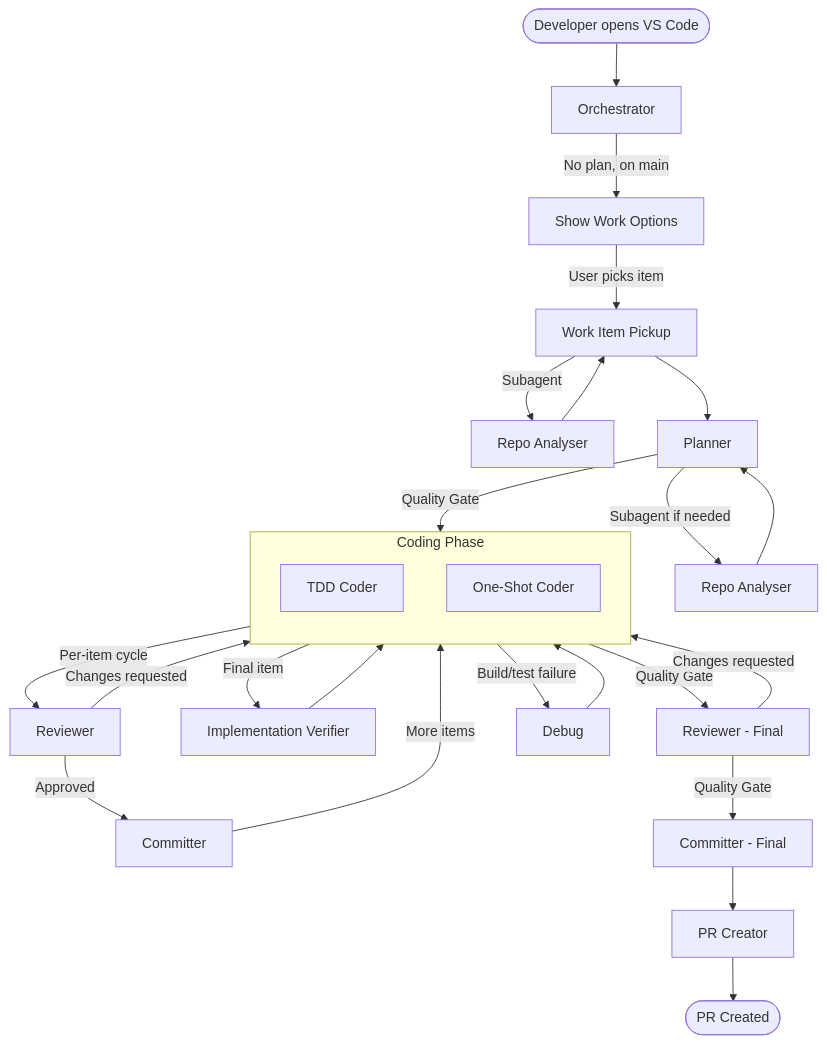
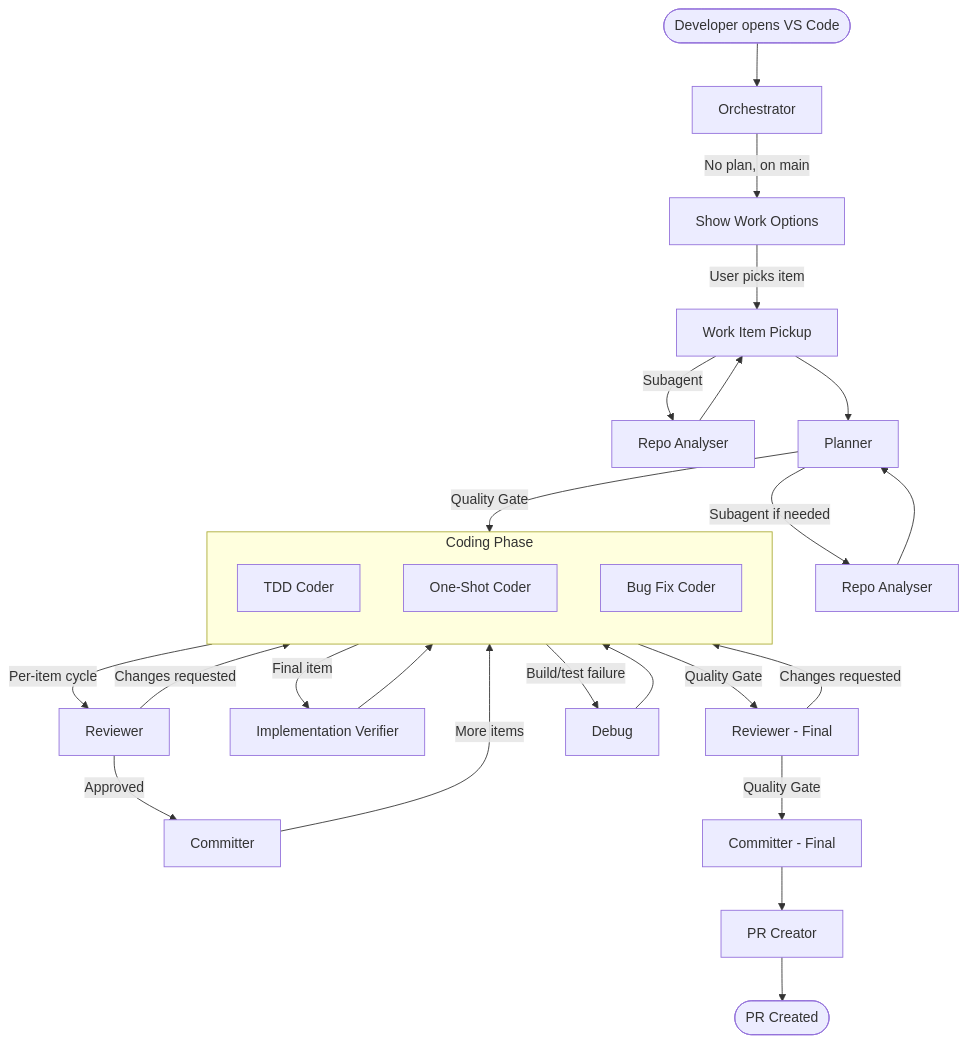
One commit to Jbond312/ai-dotfiles changed the diagram in WORKFLOW.md. Above: the diagram before and after it, drawn with Mermaid. The commit also changed other lines of this file and 15 other files, not shown here.

````diff
--- a/WORKFLOW.md
+++ b/WORKFLOW.md
@@ -7,33 +7,34 @@
 ```mermaid
 flowchart TD
     Start([Developer opens VS Code]) --> Orch[Orchestrator]
     Orch -->|No plan, on main| ShowWork[Show Work Options]
     ShowWork -->|User picks item| WIP[Work Item Pickup]
     WIP -->|Subagent| RA[Repo Analyser]
     RA --> WIP
     WIP --> Plan[Planner]
     Plan -->|Subagent if needed| RA2[Repo Analyser]
     RA2 --> Plan
     Plan -->|Quality Gate| Coder
 
     subgraph Coder[Coding Phase]
         direction TB
         TDD[TDD Coder]
         OneShot[One-Shot Coder]
+        BugFix[Bug Fix Coder]
     end
 
     Coder -->|Per-item cycle| Review1[Reviewer]
     Review1 -->|Approved| Commit1[Committer]
     Review1 -->|Changes requested| Coder
     Commit1 -->|More items| Coder
     Coder -->|Final item| IV[Implementation Verifier]
     IV --> Coder
     Coder -->|Quality Gate| Review2[Reviewer - Final]
     Review2 -->|Quality Gate| Commit2[Committer - Final]
     Review2 -->|Changes requested| Coder
     Commit2 --> PR[PR Creator]
     PR --> Done([PR Created])
 
     Coder -->|Build/test failure| Debug[Debug]
     Debug --> Coder
 ```
````
